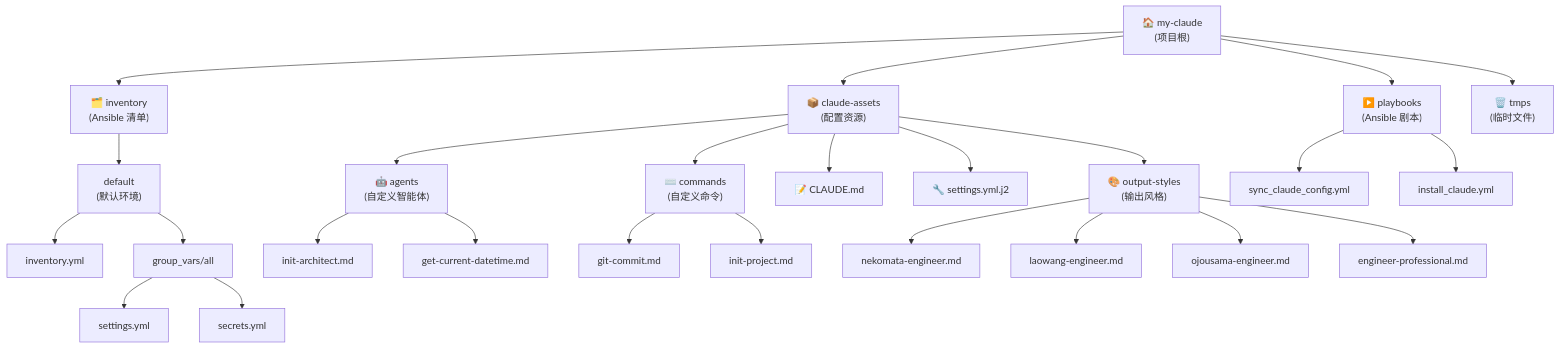
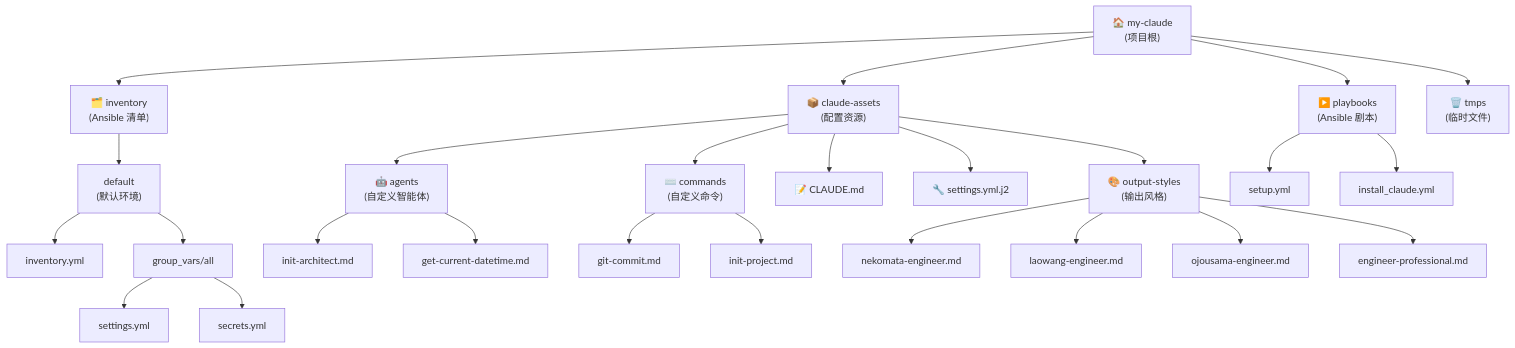
The diagram in CLAUDE.md (zhangzqs/my-claude), drawn with Mermaid before and after one commit. The commit also changed other lines of this file and 5 other files, not shown here.

Commit message:
feat: 新增 `/git-sync-branch` 和 `/git-squash-commits` 自定义命令 fix: `/git-commit` 命令增加智能推送功能 docs(CLAUDE.md): 修正配置同步命令引用，补充自定义命令开发说明 chore: 删除 `claude-assets/agents/mc/init-architect.md` 和 `claude-assets/commands/mc/init-project.md` 文件

````diff
--- a/CLAUDE.md
+++ b/CLAUDE.md
@@ -71,33 +71,33 @@
 ```mermaid
 graph TD
     ROOT["🏠 my-claude<br/>(项目根)"] --> ASSETS["📦 claude-assets<br/>(配置资源)"];
     ROOT --> INV["🗂️ inventory<br/>(Ansible 清单)"];
     ROOT --> PLAY["▶️ playbooks<br/>(Ansible 剧本)"];
     ROOT --> TMPS["🗑️ tmps<br/>(临时文件)"];
 
     ASSETS --> AGENTS["🤖 agents<br/>(自定义智能体)"];
     ASSETS --> CMDS["⌨️ commands<br/>(自定义命令)"];
     ASSETS --> STYLES["🎨 output-styles<br/>(输出风格)"];
     ASSETS --> CLAUDEMD["📝 CLAUDE.md"];
     ASSETS --> TEMPLATE["🔧 settings.yml.j2"];
 
     INV --> DEFAULT["default<br/>(默认环境)"];
     DEFAULT --> INVYML["inventory.yml"];
     DEFAULT --> GROUPVARS["group_vars/all"];
     GROUPVARS --> SETTINGS["settings.yml"];
     GROUPVARS --> SECRETS["secrets.yml"];
 
-    PLAY --> SYNC["sync_claude_config.yml"];
+    PLAY --> SYNC["setup.yml"];
     PLAY --> INSTALL["install_claude.yml"];
 
     AGENTS --> AGENT_INIT["init-architect.md"];
     AGENTS --> AGENT_TIME["get-current-datetime.md"];
 
     CMDS --> CMD_COMMIT["git-commit.md"];
     CMDS --> CMD_INIT["init-project.md"];
 
     STYLES --> STYLE1["nekomata-engineer.md"];
     STYLES --> STYLE2["laowang-engineer.md"];
     STYLES --> STYLE3["ojousama-engineer.md"];
     STYLES --> STYLE4["engineer-professional.md"];
 ```
````
